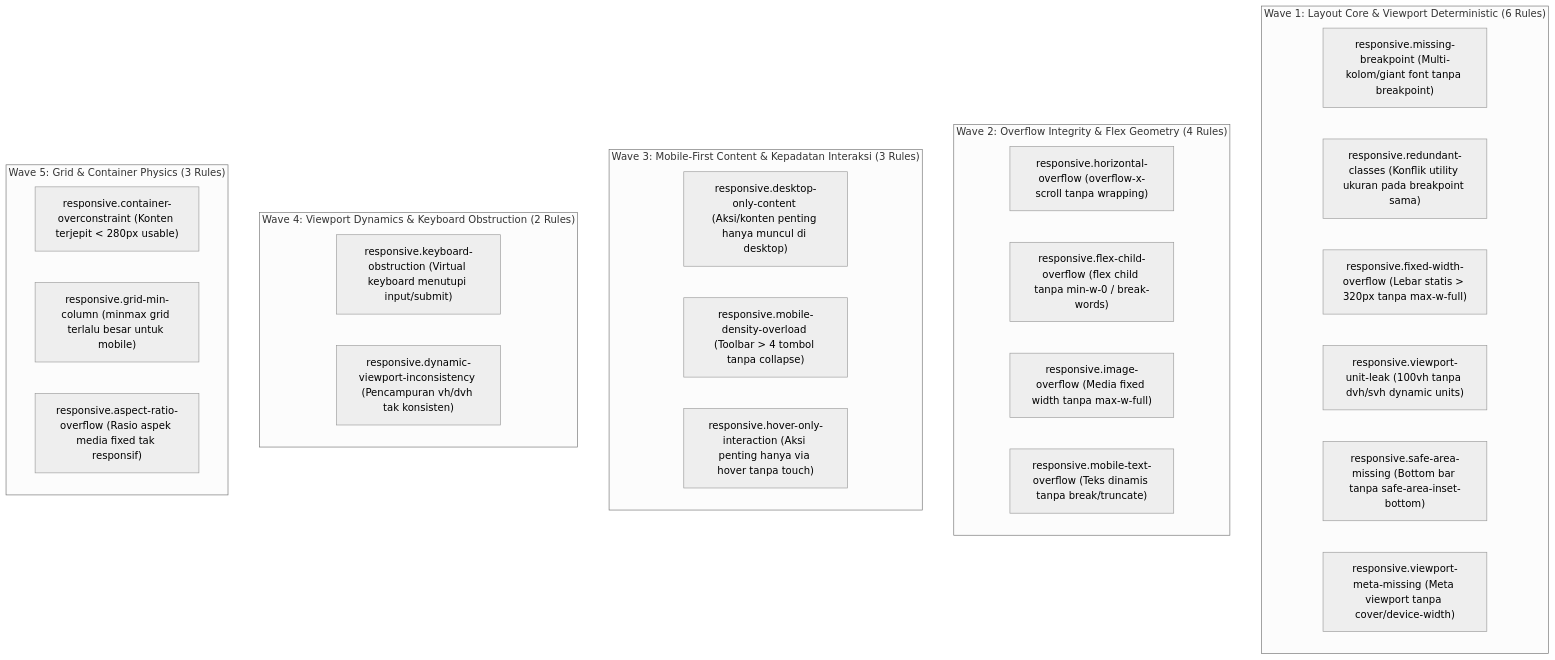
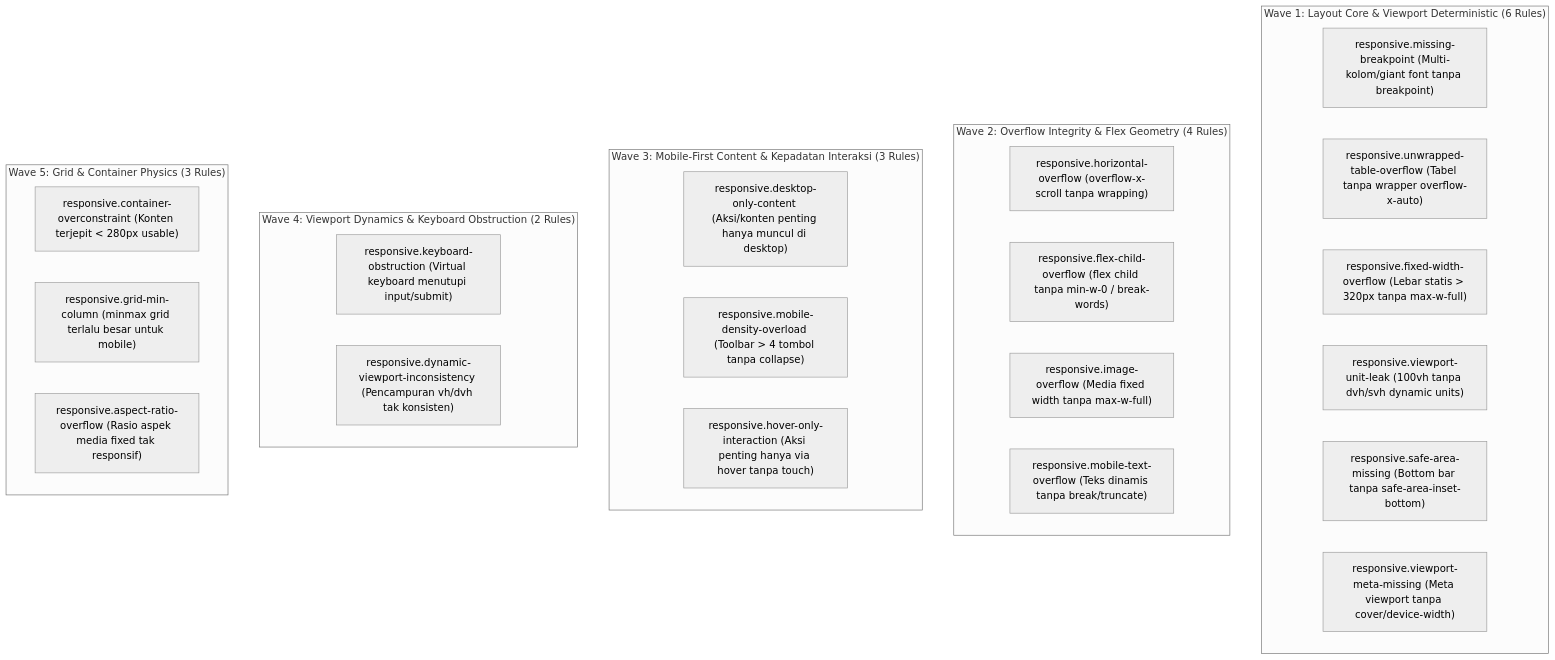
One commit to will2469/charites changed the diagram in docs/01-spec/expansion/responsive.md. Above: the diagram before and after it, drawn with Mermaid (neutral theme). The commit also changed other lines of this file and 63 other files, not shown here.

````diff
--- a/docs/01-spec/expansion/responsive.md
+++ b/docs/01-spec/expansion/responsive.md
@@ -21,35 +21,35 @@
 ```mermaid
 flowchart TD
     subgraph W1 ["Wave 1: Layout Core & Viewport Deterministic (6 Rules)"]
         R1["responsive.missing-breakpoint (Multi-kolom/giant font tanpa breakpoint)"]
-        R2["responsive.redundant-classes (Konflik utility ukuran pada breakpoint sama)"]
+        R2["responsive.unwrapped-table-overflow (Tabel tanpa wrapper overflow-x-auto)"]
         R3["responsive.fixed-width-overflow (Lebar statis > 320px tanpa max-w-full)"]
         R4["responsive.viewport-unit-leak (100vh tanpa dvh/svh dynamic units)"]
         R5["responsive.safe-area-missing (Bottom bar tanpa safe-area-inset-bottom)"]
         R6["responsive.viewport-meta-missing (Meta viewport tanpa cover/device-width)"]
     end
 
     subgraph W2 ["Wave 2: Overflow Integrity & Flex Geometry (4 Rules)"]
         R7["responsive.horizontal-overflow (overflow-x-scroll tanpa wrapping)"]
         R8["responsive.flex-child-overflow (flex child tanpa min-w-0 / break-words)"]
         R9["responsive.image-overflow (Media fixed width tanpa max-w-full)"]
         R10["responsive.mobile-text-overflow (Teks dinamis tanpa break/truncate)"]
     end
 
     subgraph W3 ["Wave 3: Mobile-First Content & Kepadatan Interaksi (3 Rules)"]
         R11["responsive.desktop-only-content (Aksi/konten penting hanya muncul di desktop)"]
         R12["responsive.mobile-density-overload (Toolbar > 4 tombol tanpa collapse)"]
         R13["responsive.hover-only-interaction (Aksi penting hanya via hover tanpa touch)"]
     end
 
     subgraph W4 ["Wave 4: Viewport Dynamics & Keyboard Obstruction (2 Rules)"]
         R14["responsive.keyboard-obstruction (Virtual keyboard menutupi input/submit)"]
         R15["responsive.dynamic-viewport-inconsistency (Pencampuran vh/dvh tak konsisten)"]
     end
 
     subgraph W5 ["Wave 5: Grid & Container Physics (3 Rules)"]
         R16["responsive.container-overconstraint (Konten terjepit < 280px usable)"]
         R17["responsive.grid-min-column (minmax grid terlalu besar untuk mobile)"]
         R18["responsive.aspect-ratio-overflow (Rasio aspek media fixed tak responsif)"]
     end
 ```
````
